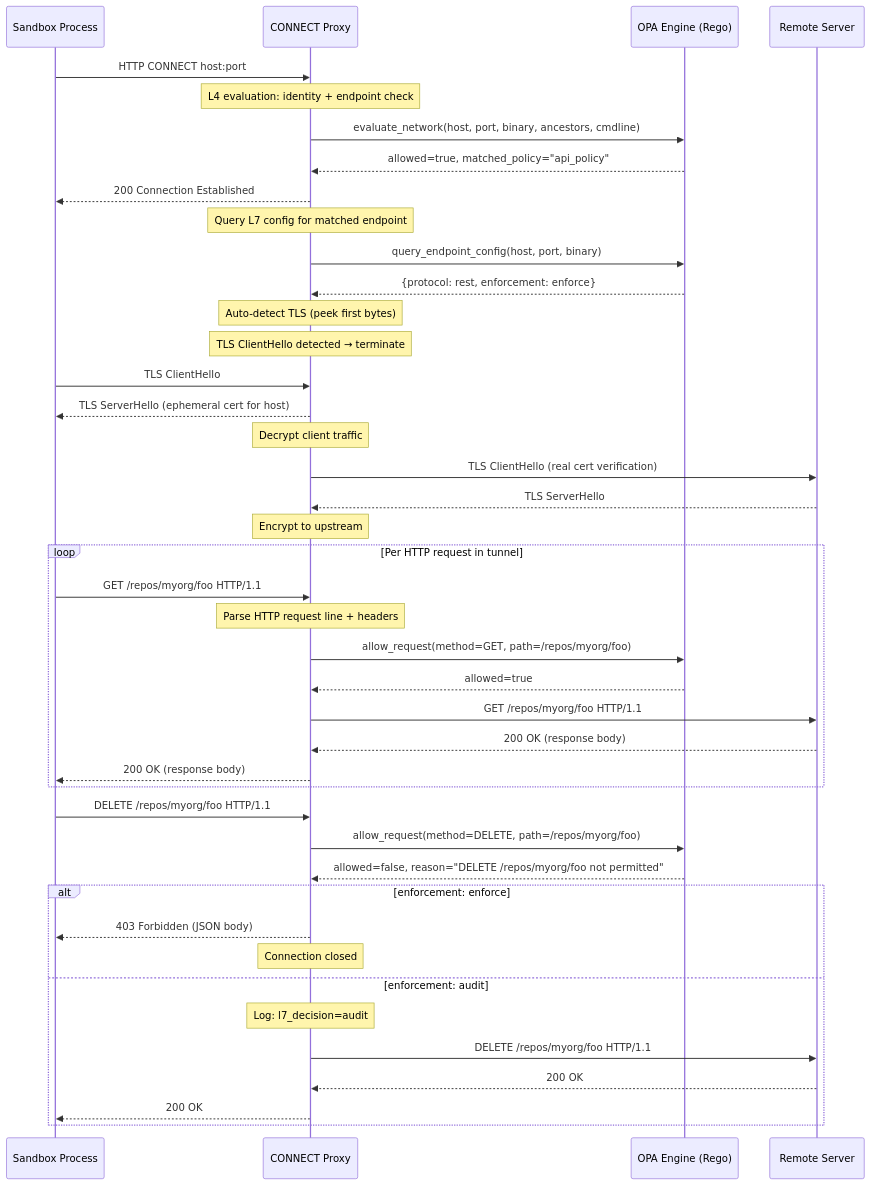
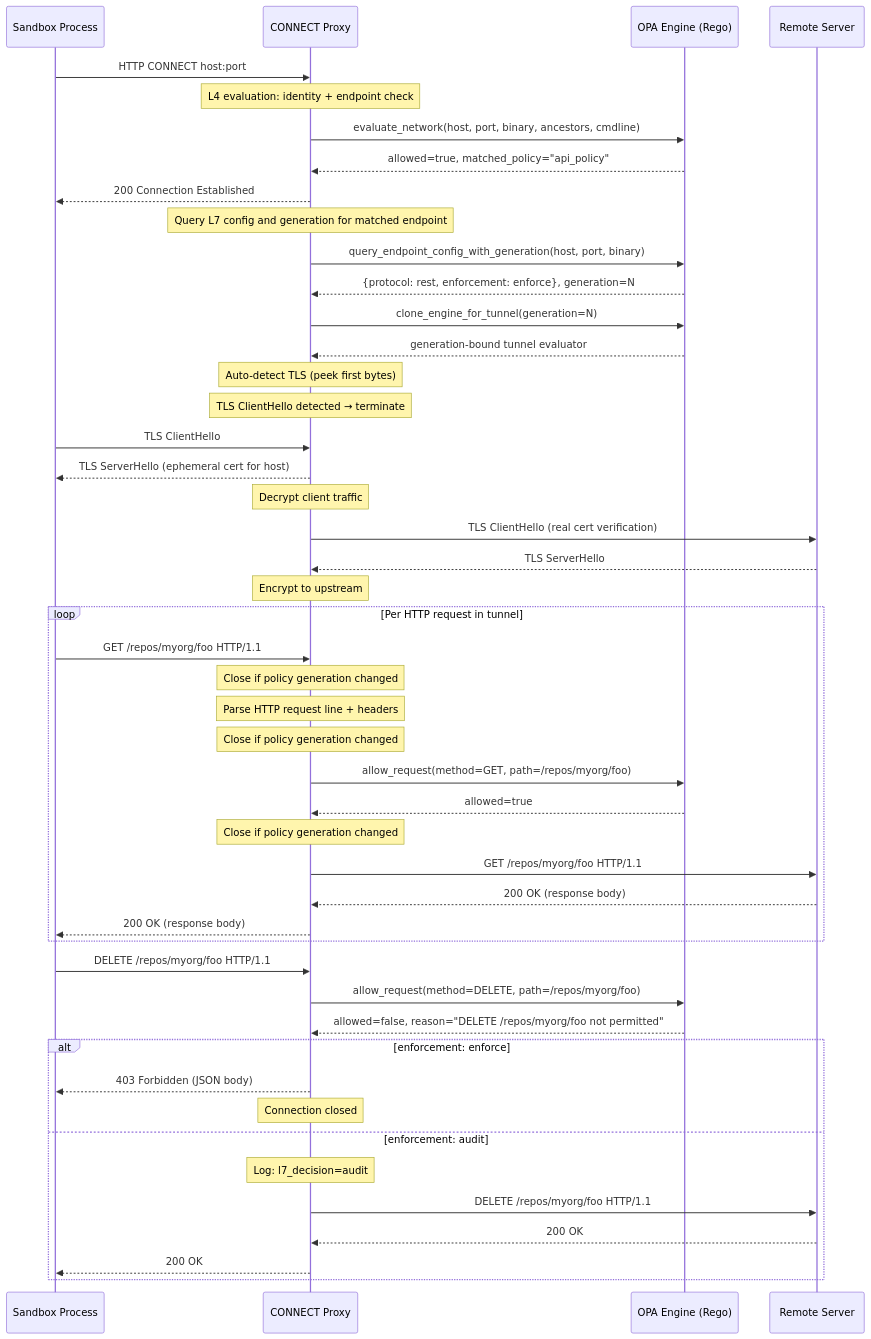
Before and after one commit to st-gr/OpenShell: the fifth of 6 diagrams in architecture/security-policy.md, drawn with Mermaid. The commit also changed other lines of this file and 6 other files, not shown here.

````diff
--- a/architecture/security-policy.md
+++ b/architecture/security-policy.md
@@ -962,50 +966,55 @@
 ```mermaid
 sequenceDiagram
     participant Client as Sandbox Process
     participant Proxy as CONNECT Proxy
     participant OPA as OPA Engine (Rego)
     participant Upstream as Remote Server
 
     Client->>Proxy: HTTP CONNECT host:port
     Note over Proxy: L4 evaluation: identity + endpoint check
     Proxy->>OPA: evaluate_network(host, port, binary, ancestors, cmdline)
     OPA-->>Proxy: allowed=true, matched_policy="api_policy"
     Proxy-->>Client: 200 Connection Established
 
-    Note over Proxy: Query L7 config for matched endpoint
-    Proxy->>OPA: query_endpoint_config(host, port, binary)
-    OPA-->>Proxy: {protocol: rest, enforcement: enforce}
+    Note over Proxy: Query L7 config and generation for matched endpoint
+    Proxy->>OPA: query_endpoint_config_with_generation(host, port, binary)
+    OPA-->>Proxy: {protocol: rest, enforcement: enforce}, generation=N
+    Proxy->>OPA: clone_engine_for_tunnel(generation=N)
+    OPA-->>Proxy: generation-bound tunnel evaluator
 
     Note over Proxy: Auto-detect TLS (peek first bytes)
     Note over Proxy: TLS ClientHello detected → terminate
     Client->>Proxy: TLS ClientHello
     Proxy-->>Client: TLS ServerHello (ephemeral cert for host)
     Note over Proxy: Decrypt client traffic
 
     Proxy->>Upstream: TLS ClientHello (real cert verification)
     Upstream-->>Proxy: TLS ServerHello
     Note over Proxy: Encrypt to upstream
 
     loop Per HTTP request in tunnel
         Client->>Proxy: GET /repos/myorg/foo HTTP/1.1
+        Note over Proxy: Close if policy generation changed
         Note over Proxy: Parse HTTP request line + headers
+        Note over Proxy: Close if policy generation changed
         Proxy->>OPA: allow_request(method=GET, path=/repos/myorg/foo)
         OPA-->>Proxy: allowed=true
+        Note over Proxy: Close if policy generation changed
         Proxy->>Upstream: GET /repos/myorg/foo HTTP/1.1
         Upstream-->>Proxy: 200 OK (response body)
         Proxy-->>Client: 200 OK (response body)
     end
 
     Client->>Proxy: DELETE /repos/myorg/foo HTTP/1.1
     Proxy->>OPA: allow_request(method=DELETE, path=/repos/myorg/foo)
     OPA-->>Proxy: allowed=false, reason="DELETE /repos/myorg/foo not permitted"
     alt enforcement: enforce
         Proxy-->>Client: 403 Forbidden (JSON body)
         Note over Proxy: Connection closed
     else enforcement: audit
         Note over Proxy: Log: l7_decision=audit
         Proxy->>Upstream: DELETE /repos/myorg/foo HTTP/1.1
         Upstream-->>Proxy: 200 OK
         Proxy-->>Client: 200 OK
     end
 ```
````
